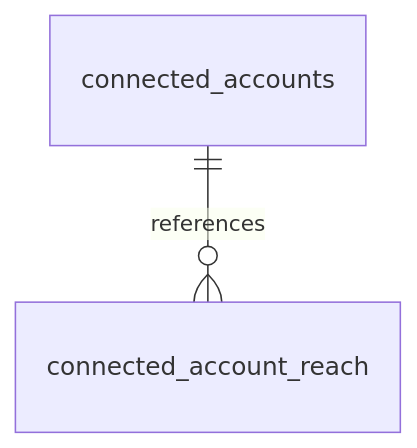
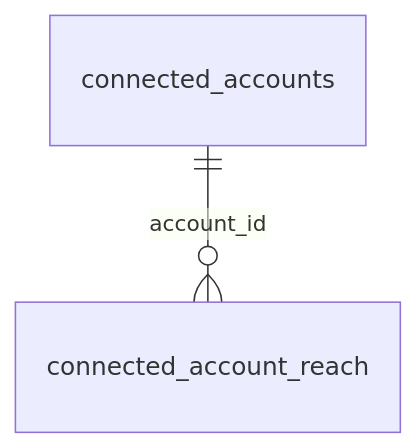
One commit to cebertowicz/corsia changed the second of 4 diagrams in docs/reference/data-model/accounts-and-connections.md. Above: the diagram before and after it, drawn with Mermaid. The commit also changed other lines of this file and 10 other files, not shown here.

````diff
--- a/docs/reference/data-model/accounts-and-connections.md
+++ b/docs/reference/data-model/accounts-and-connections.md
@@ -13,4 +13,4 @@
 ```mermaid
 erDiagram
-    connected_accounts ||--o{ connected_account_reach : references
+    connected_accounts ||--o{ connected_account_reach : account_id
 ```
````
